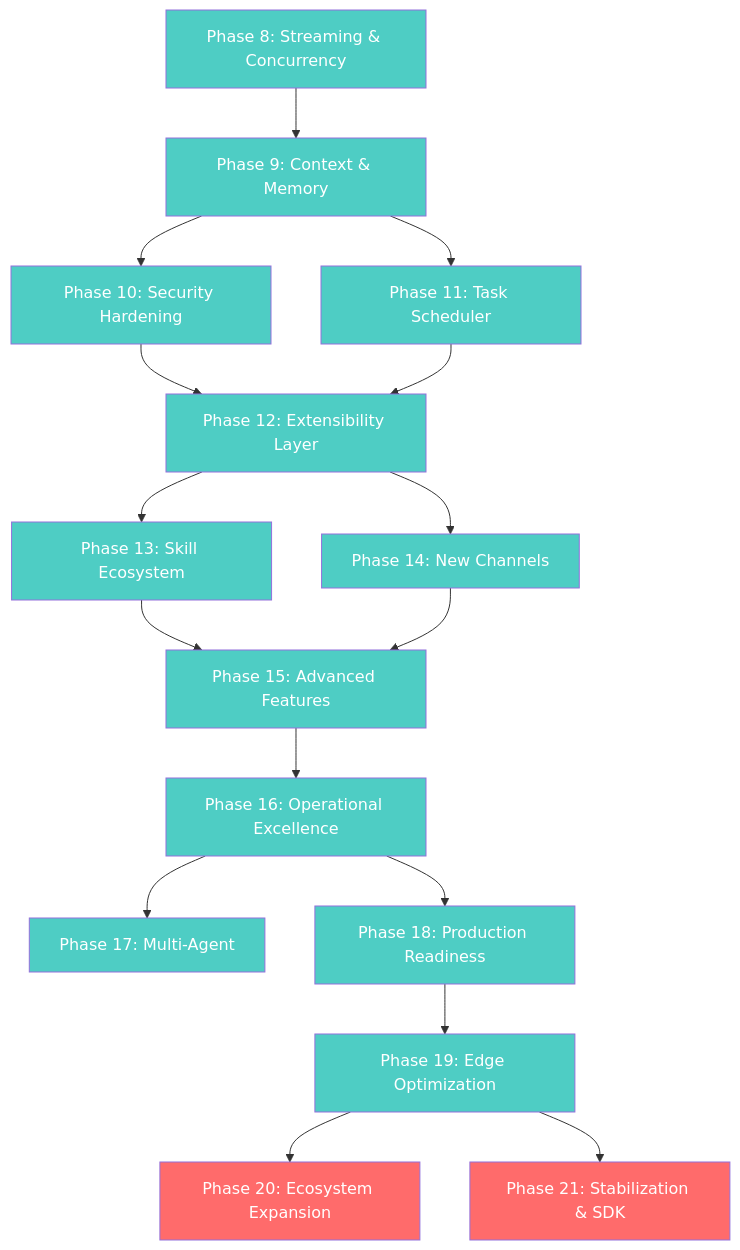
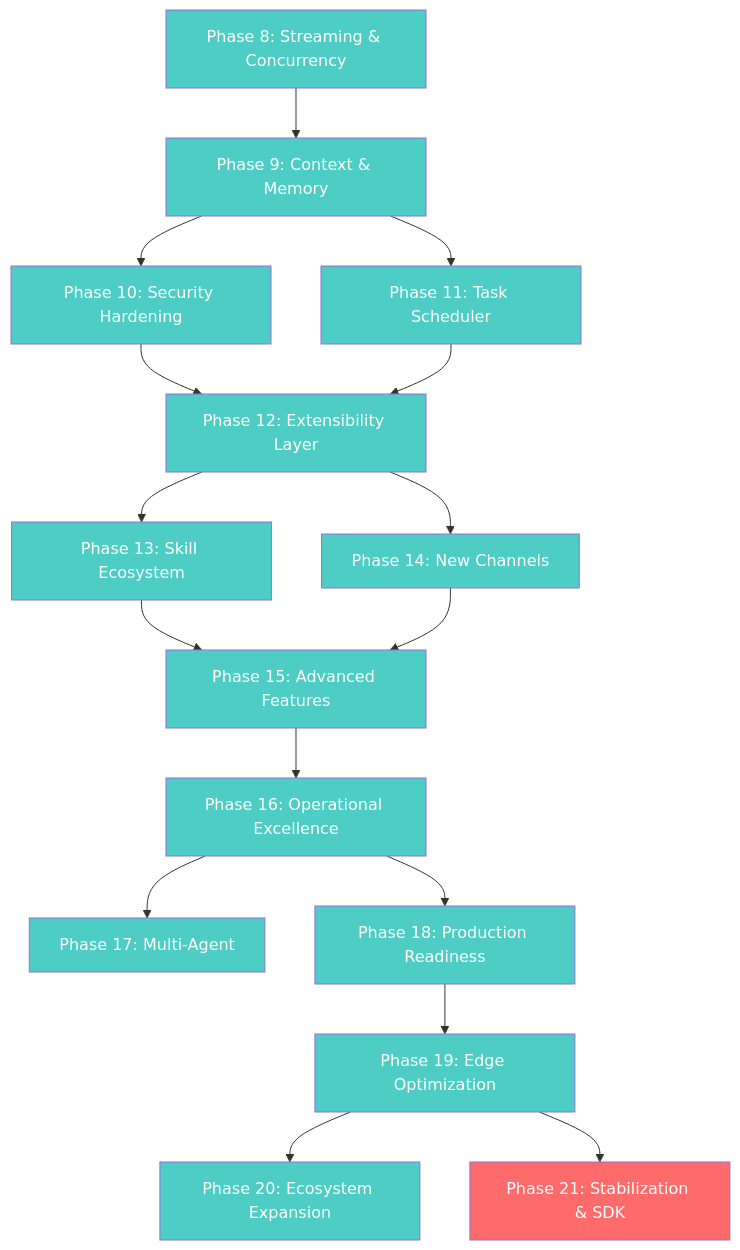
One commit to ashuksingh11/tizenclaw changed the second of 2 diagrams in docs/ROADMAP.md. Above: the diagram before and after it, drawn with Mermaid. The commit also changed other lines of this file and 3 other files, not shown here.

````diff
--- a/docs/ROADMAP.md
+++ b/docs/ROADMAP.md
@@ -917,33 +950,33 @@
 ```mermaid
 graph TD
     P8[Phase 8: Streaming & Concurrency] --> P9[Phase 9: Context & Memory]
     P9 --> P10[Phase 10: Security Hardening]
     P9 --> P11[Phase 11: Task Scheduler]
     P10 --> P12[Phase 12: Extensibility Layer]
     P11 --> P12
     P12 --> P13[Phase 13: Skill Ecosystem]
     P12 --> P14[Phase 14: New Channels]
     P13 --> P15[Phase 15: Advanced Features]
     P14 --> P15
     P15 --> P16[Phase 16: Operational Excellence]
     P16 --> P17[Phase 17: Multi-Agent]
     P16 --> P18[Phase 18: Production Readiness]
     P18 --> P19[Phase 19: Edge Optimization]
     P19 --> P20[Phase 20: Ecosystem Expansion]
     P19 --> P21[Phase 21: Stabilization & SDK]
 
     style P8 fill:#4ecdc4,color:#fff
     style P9 fill:#4ecdc4,color:#fff
     style P10 fill:#4ecdc4,color:#fff
     style P11 fill:#4ecdc4,color:#fff
     style P12 fill:#4ecdc4,color:#fff
     style P13 fill:#4ecdc4,color:#fff
     style P14 fill:#4ecdc4,color:#fff
     style P15 fill:#4ecdc4,color:#fff
     style P16 fill:#4ecdc4,color:#fff
     style P17 fill:#4ecdc4,color:#fff
     style P18 fill:#4ecdc4,color:#fff
     style P19 fill:#4ecdc4,color:#fff
-    style P20 fill:#ff6b6b,color:#fff
+    style P20 fill:#4ecdc4,color:#fff
     style P21 fill:#ff6b6b,color:#fff
 ```
````
